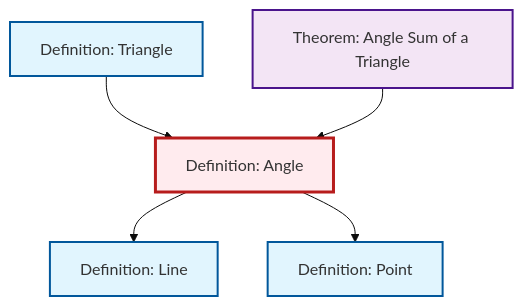
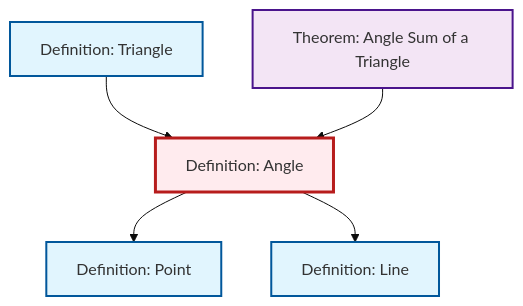
The diagram in content/en/geometry/def-angle.qmd (RK0429/ModernMath), drawn with Mermaid (base theme) before and after one commit. The commit also changed other lines of this file and 581 other files, not shown here.

````diff
--- a/content/en/geometry/def-angle.qmd
+++ b/content/en/geometry/def-angle.qmd
@@ -49,23 +49,23 @@
 ```{mermaid}
 %%| fig-cap: "Local dependency graph"
 graph TD
     classDef definition fill:#e1f5fe,stroke:#01579b,stroke-width:2px
     classDef theorem fill:#f3e5f5,stroke:#4a148c,stroke-width:2px
     classDef axiom fill:#fff3e0,stroke:#e65100,stroke-width:2px
     classDef example fill:#e8f5e9,stroke:#1b5e20,stroke-width:2px
     classDef current fill:#ffebee,stroke:#b71c1c,stroke-width:3px
+    def-point["Definition: Point"]:::definition
+    def-triangle["Definition: Triangle"]:::definition
     def-line["Definition: Line"]:::definition
-    def-triangle["Definition: Triangle"]:::definition
-    def-point["Definition: Point"]:::definition
     thm-angle-sum-triangle["Theorem: Angle Sum of a Triangle"]:::theorem
     def-angle["Definition: Angle"]:::definition
+    def-angle --> def-point
+    def-angle --> def-line
     def-triangle --> def-angle
-    def-angle --> def-line
     thm-angle-sum-triangle --> def-angle
-    def-angle --> def-point
     class def-angle current
+    click def-point "def-point.html" "Go to Point definition"
+    click def-triangle "def-triangle.html" "Go to Triangle definition"
     click def-line "def-line.html" "Go to Line definition"
-    click def-triangle "def-triangle.html" "Go to Triangle definition"
-    click def-point "def-point.html" "Go to Point definition"
     click thm-angle-sum-triangle "thm-angle-sum-triangle.html" "Go to Angle Sum of a Triangle theorem"
 ```
````
